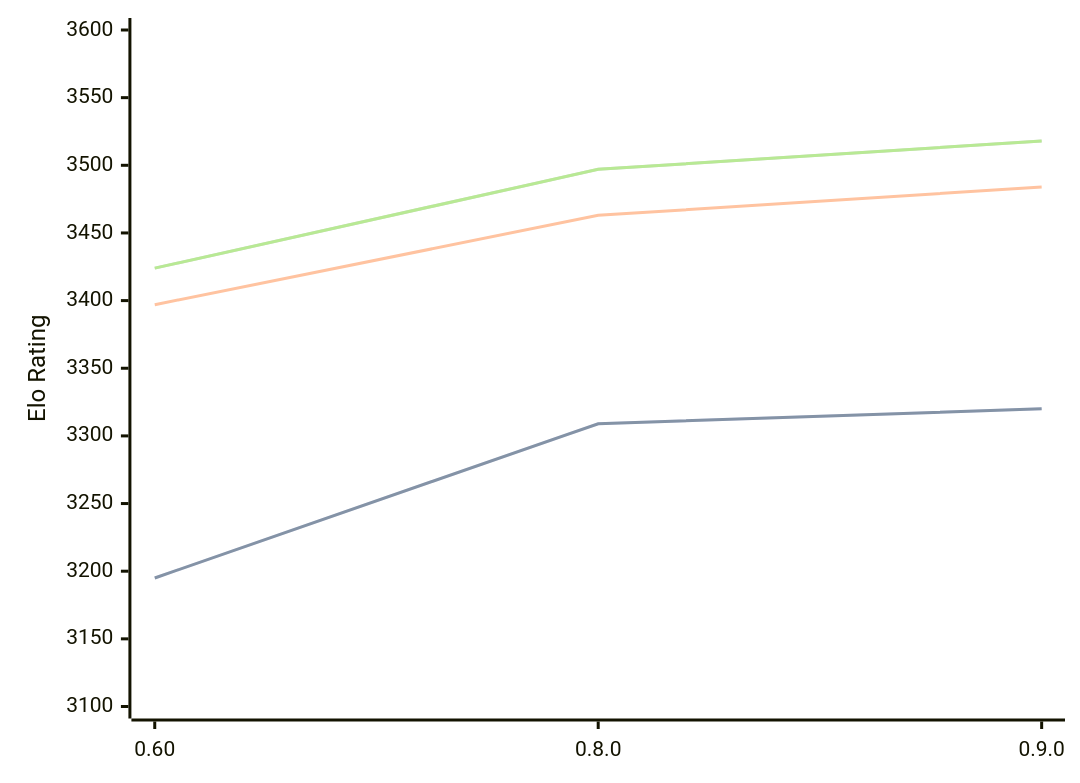
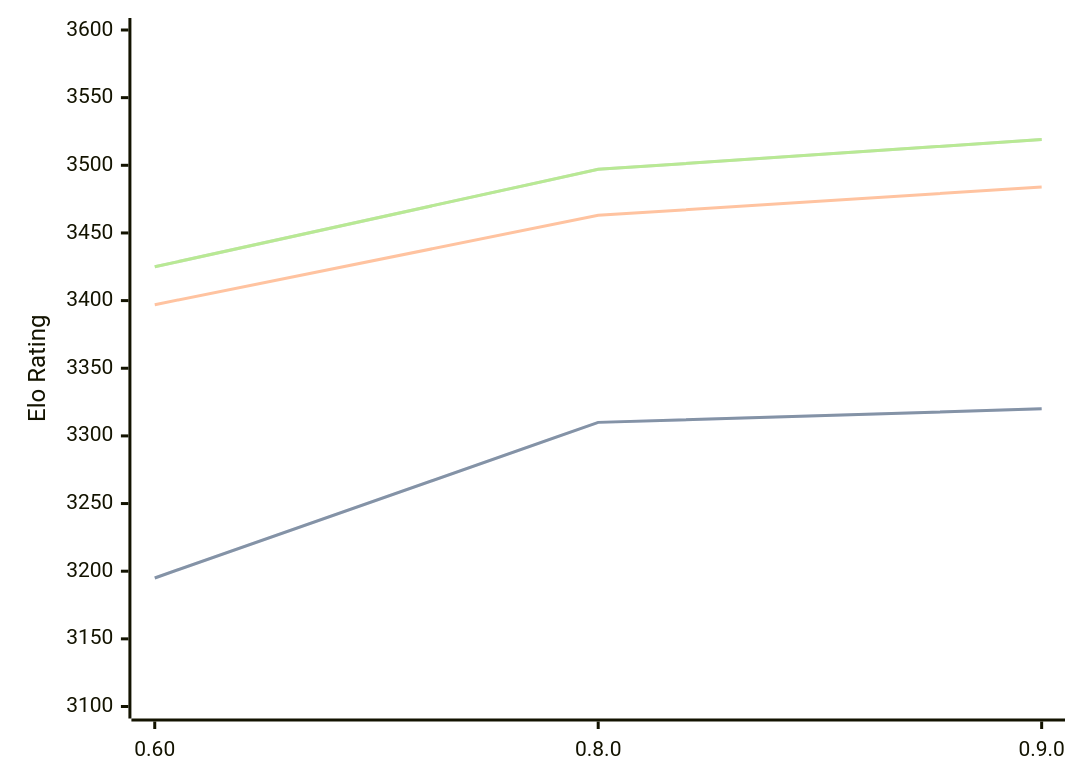
Before and after one commit to computer-chess-index/cci: the diagram in engines/Motor.md, drawn with Mermaid. The commit also changed other lines of this file, not shown here.

Commit message:
Update CCI Ratings (ELO VLTC) - 2026-07-19

````diff
--- a/engines/Motor.md
+++ b/engines/Motor.md
@@ -39,11 +39,11 @@
 ```mermaid
 %%{init: {"theme":"base","themeVariables":{"seriesColors:['#a3a3a3','#222221','#faa371']}}}%%
 xychart-beta
   x-axis ["0.60", "0.8.0", "0.9.0"]
   y-axis "Elo Rating" 3100 --> 3600
-  line "STC (8.0+0.08s)" [3195, 3309, 3320]
-  line "STC (8.0+0.08s)" [3195, 3309, 3320]
+  line "STC (8.0+0.08s)" [3195, 3310, 3320]
+  line "STC (8.0+0.08s)" [3195, 3310, 3320]
   line "LTC (60.0+0.60s)" [3397, 3463, 3484]
-  line "VLTC (2m24s+1.12s)" [3424, 3497, 3518]
-  line "VLTC (2m24s+1.12s)" [3424, 3497, 3518]
+  line "VLTC (2m24s+1.12s)" [3425, 3497, 3519]
+  line "VLTC (2m24s+1.12s)" [3425, 3497, 3519]
 ```
````
